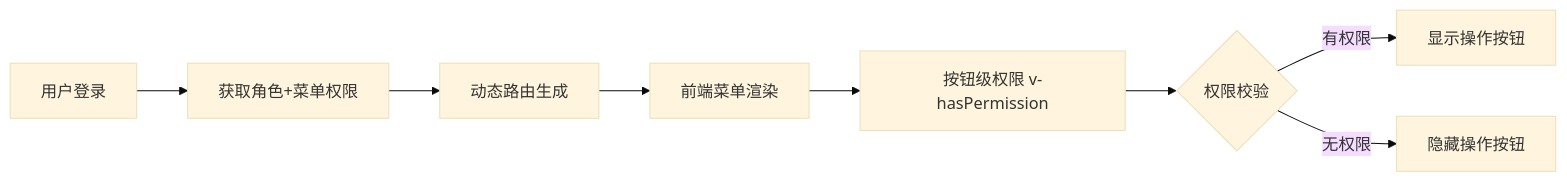
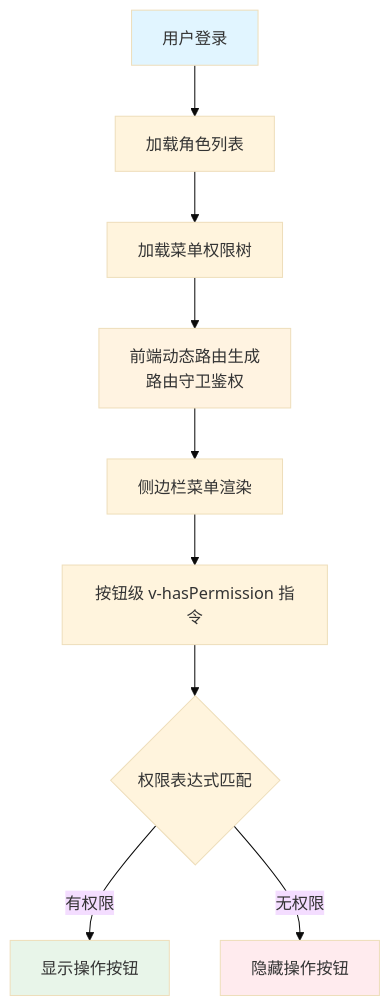
The fourth of 4 diagrams in README.md (junwOpenSourceProjects/JOSP-SystemTempleJava), drawn with Mermaid (base theme) before and after one commit. The commit also changed other lines of this file and 22 other files, not shown here.

````diff
--- a/README.md
+++ b/README.md
@@ -221,10 +442,16 @@
 ```mermaid
-flowchart LR
-    A[用户登录] --> B[获取角色+菜单权限]
-    B --> C[动态路由生成]
-    C --> D[前端菜单渲染]
-    D --> E[按钮级权限 v-hasPermission]
-    E --> F{权限校验}
-    F -->|有权限| G[显示操作按钮]
-    F -->|无权限| H[隐藏操作按钮]
+flowchart TD
+    A[用户登录] --> B[加载角色列表]
+    B --> C[加载菜单权限树]
+    C --> D[前端动态路由生成<br/>路由守卫鉴权]
+    D --> E[侧边栏菜单渲染]
+    E --> F[按钮级 v-hasPermission 指令]
+    F --> G{权限表达式匹配}
+    G -->|有权限| H[显示操作按钮]
+    G -->|无权限| I[隐藏操作按钮]
+
+    style A fill:#e1f5ff
+    style D fill:#fff3e1
+    style H fill:#e8f5e9
+    style I fill:#ffebee
 ```
````
